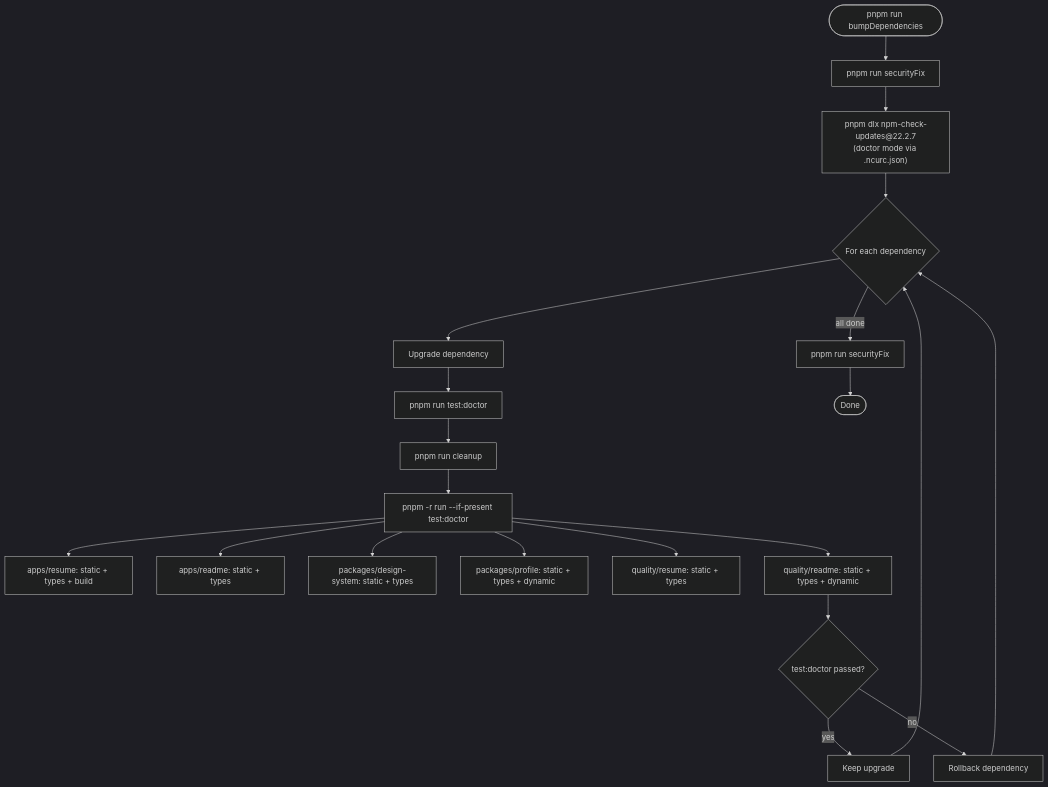
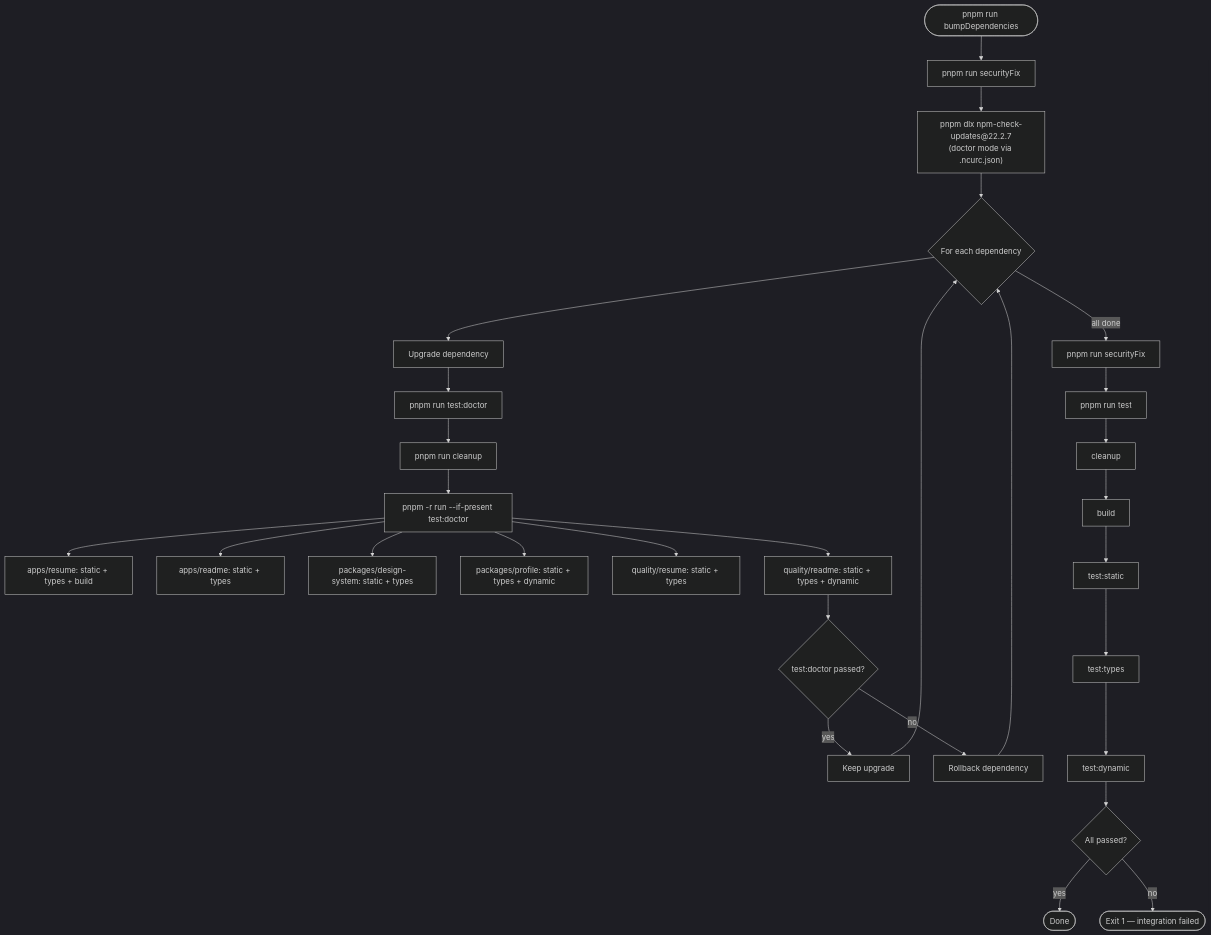
The fourth of 4 diagrams in docs/quality-gates.md (virgenherrera/virgenherrera), drawn with Mermaid (dark theme) before and after one commit. The commit also changed other lines of this file and 6 other files, not shown here.

````diff
--- a/docs/quality-gates.md
+++ b/docs/quality-gates.md
@@ -283,28 +290,38 @@
 ```mermaid
 flowchart TD
     A([pnpm run bumpDependencies]) --> B[pnpm run securityFix]
     B --> C["pnpm dlx npm-check-updates@22.2.7<br/>(doctor mode via .ncurc.json)"]
 
     C --> D{For each dependency}
     D --> E[Upgrade dependency]
     E --> F[pnpm run test:doctor]
 
     F --> G[pnpm run cleanup]
     G --> H[pnpm -r run --if-present test:doctor]
 
     H --> H1[apps/resume: static + types + build]
     H --> H2[apps/readme: static + types]
     H --> H3[packages/design-system: static + types]
     H --> H4[packages/profile: static + types + dynamic]
     H --> H5[quality/resume: static + types]
     H --> H6[quality/readme: static + types + dynamic]
 
     H6 --> I{test:doctor passed?}
     I -- yes --> J[Keep upgrade]
     I -- no --> K[Rollback dependency]
     J --> D
     K --> D
 
     D -- all done --> L[pnpm run securityFix]
-    L --> M([Done])
+
+    L --> N[pnpm run test]
+    N --> N1[cleanup]
+    N1 --> N2[build]
+    N2 --> N3[test:static]
+    N3 --> N4[test:types]
+    N4 --> N5[test:dynamic]
+
+    N5 --> O{All passed?}
+    O -- yes --> M([Done])
+    O -- no --> P([Exit 1 — integration failed])
 ```
````
